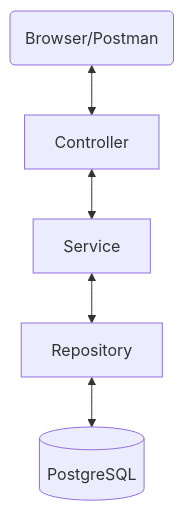
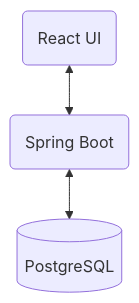
One commit to HeoYurim/api-document changed the diagram in README.md. Above: the diagram before and after it, drawn with Mermaid. The commit also changed other lines of this file, not shown here.

````diff
--- a/README.md
+++ b/README.md
@@ -26,7 +32,5 @@
 ```mermaid
 graph TD
-    Client(Browser/Postman) <--> Controller
-    Controller <--> Service
-    Service <--> Repository
-    Repository <--> Database[(PostgreSQL)]
+    Client(React UI) <--> Backend(Spring Boot)
+    Backend <--> Database[(PostgreSQL)]
 ```
````
